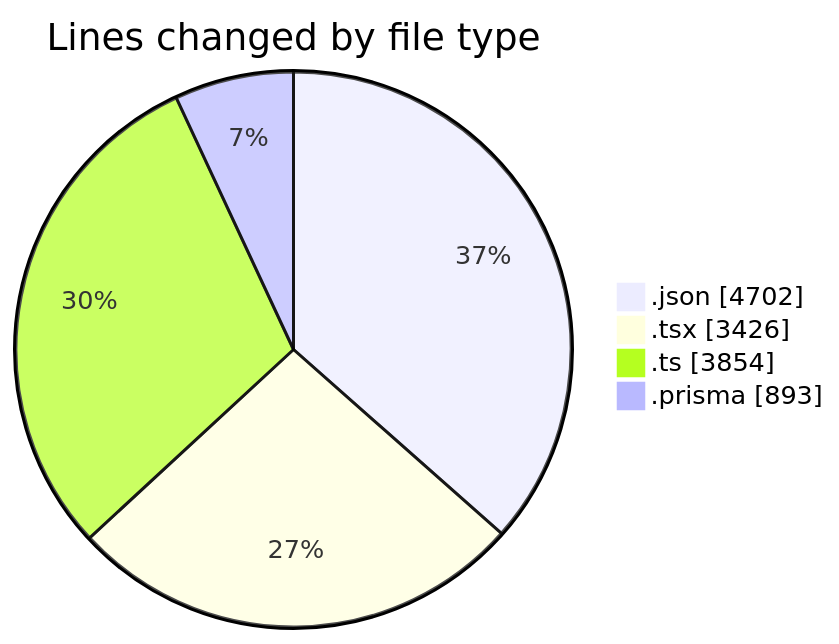
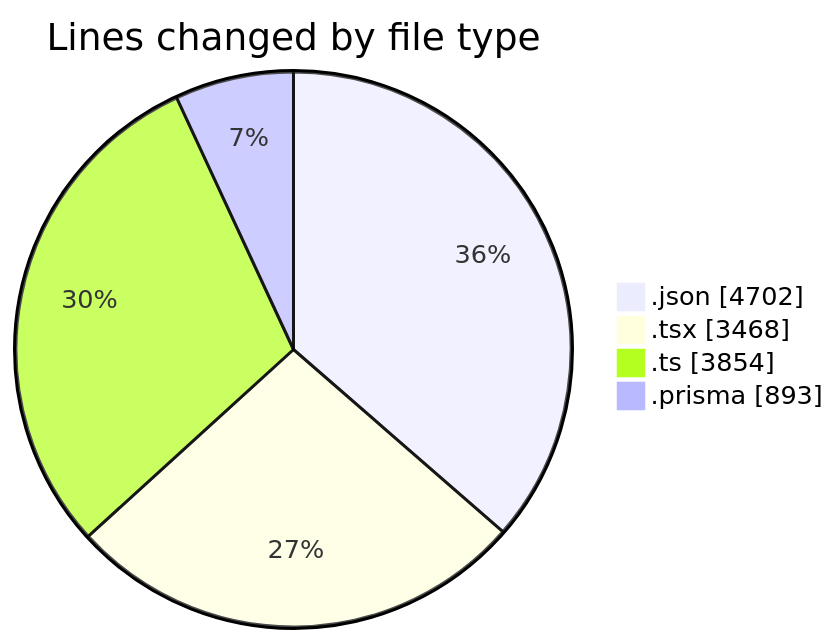
The first of 2 diagrams in 2025-05-05/ecodeli/README.md (CELIANVF/code-tracking), drawn with Mermaid before and after one commit. The commit also changed other lines of this file and 1 other file, not shown here.

````diff
--- a/2025-05-05/ecodeli/README.md
+++ b/2025-05-05/ecodeli/README.md
@@ -47,8 +47,8 @@
 ```mermaid
 pie showData
 title Lines changed by file type
 ".json" : 4702
-".tsx" : 3426
+".tsx" : 3468
 ".ts" : 3854
 ".prisma" : 893
 ```
````
